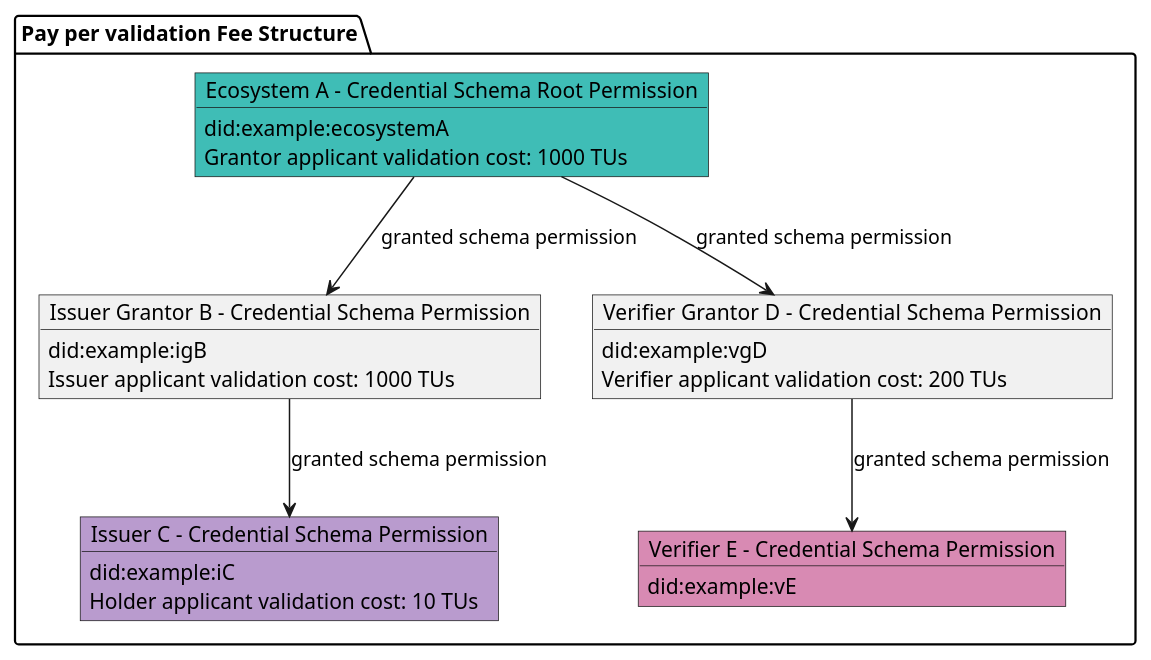
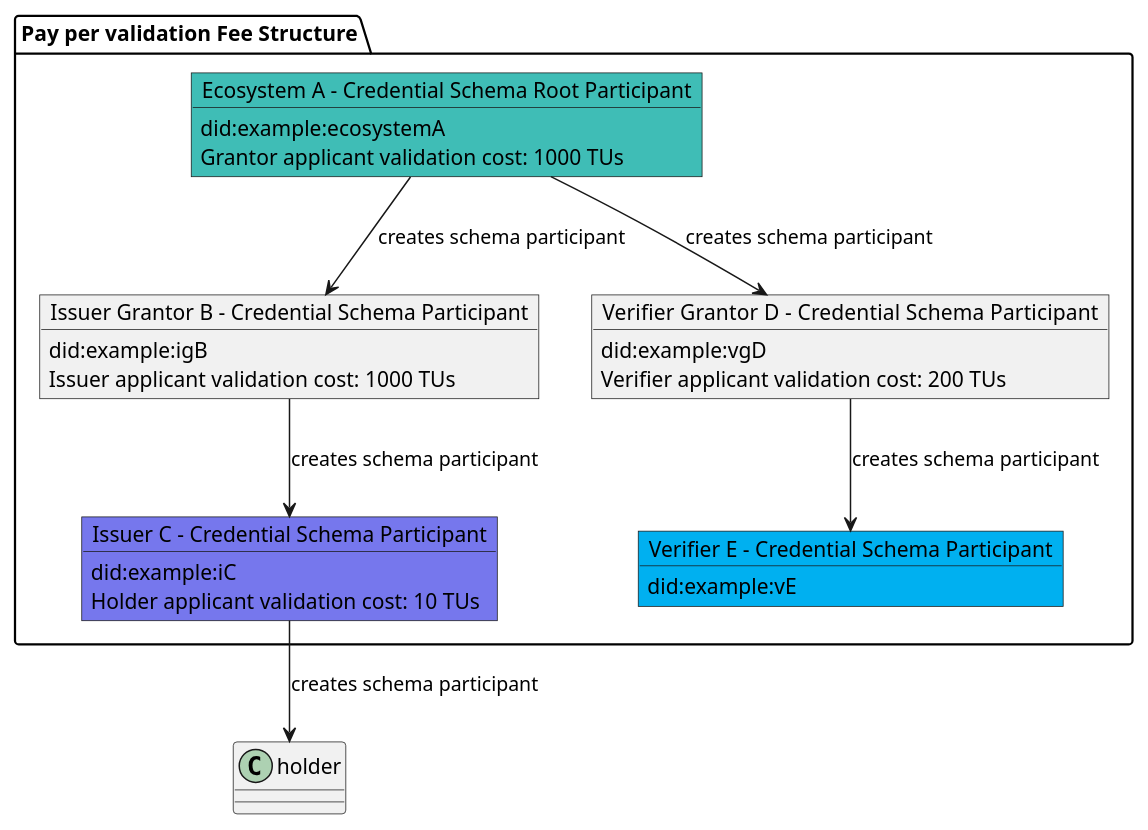
The second of 5 diagrams in docs/learn/verifiable-public-registry/60-onboarding-participants.md (verana-labs/verana-docs), drawn with PlantUML before and after one commit. The commit also changed other lines of this file and 159 other files, not shown here.

````diff
--- a/docs/learn/verifiable-public-registry/60-onboarding-participants.md
+++ b/docs/learn/verifiable-public-registry/60-onboarding-participants.md
@@ -99,37 +99,37 @@
 ```plantuml
 
 @startuml
 scale max 800 width
  
 package "Pay per validation Fee Structure" as cs {
 
-    object "Ecosystem A - Credential Schema Root Permission" as tr #3fbdb6 {
+    object "Ecosystem A - Credential Schema Root Participant" as tr #3fbdb6 {
         did:example:ecosystemA
         Grantor applicant validation cost: 1000 TUs
     }
-    object "Issuer Grantor B - Credential Schema Permission" as ig {
+    object "Issuer Grantor B - Credential Schema Participant" as ig {
         did:example:igB
         Issuer applicant validation cost: 1000 TUs
     }
-    object "Issuer C - Credential Schema Permission" as issuer #b99bce  {
+    object "Issuer C - Credential Schema Participant" as issuer #7677ed  {
         did:example:iC
         Holder applicant validation cost: 10 TUs
     }
-    object "Verifier Grantor D -  Credential Schema Permission" as vg {
+    object "Verifier Grantor D -  Credential Schema Participant" as vg {
         did:example:vgD
         Verifier applicant validation cost: 200 TUs
     }
-    object "Verifier E - Credential Schema Permission" as verifier #D88AB3 {
+    object "Verifier E - Credential Schema Participant" as verifier #00b0f0 {
         did:example:vE
     }
 }
 
-tr --> ig : granted schema permission
-ig --> issuer : granted schema permission
-
-tr --> vg : granted schema permission
-vg --> verifier : granted schema permission
+tr --> ig : creates schema participant
+ig --> issuer : creates schema participant
+issuer --> holder: creates schema participant
+tr --> vg : creates schema participant
+vg --> verifier : creates schema participant
 
 @enduml
 
 ```
````
